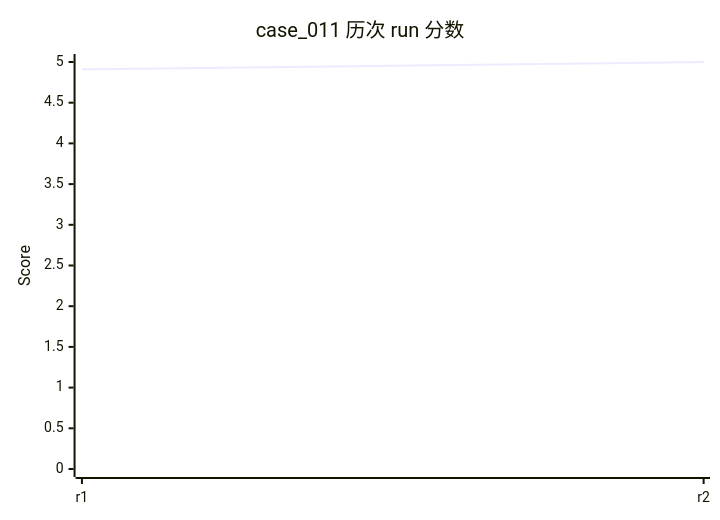
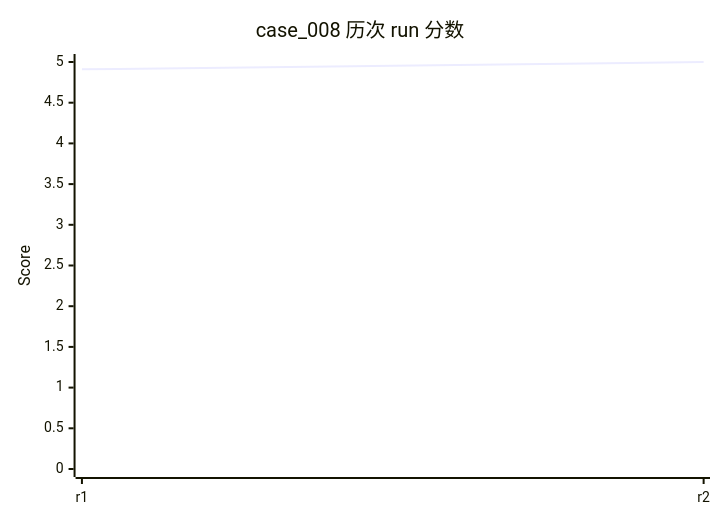
Before and after one commit to rushengzhou/sid-code: diagram 14 of 34 in evals/DASHBOARD.md, drawn with Mermaid. The commit also changed other lines of this file and 63 other files, not shown here.

````diff
--- a/evals/DASHBOARD.md
+++ b/evals/DASHBOARD.md
@@ -261,7 +336,7 @@
 ```mermaid
 xychart-beta
-    title "case_011 历次 run 分数"
+    title "case_008 历次 run 分数"
     x-axis [r1, r2]
     y-axis "Score" 0 --> 5
     line [4.91, 5.00]
 ```
````
